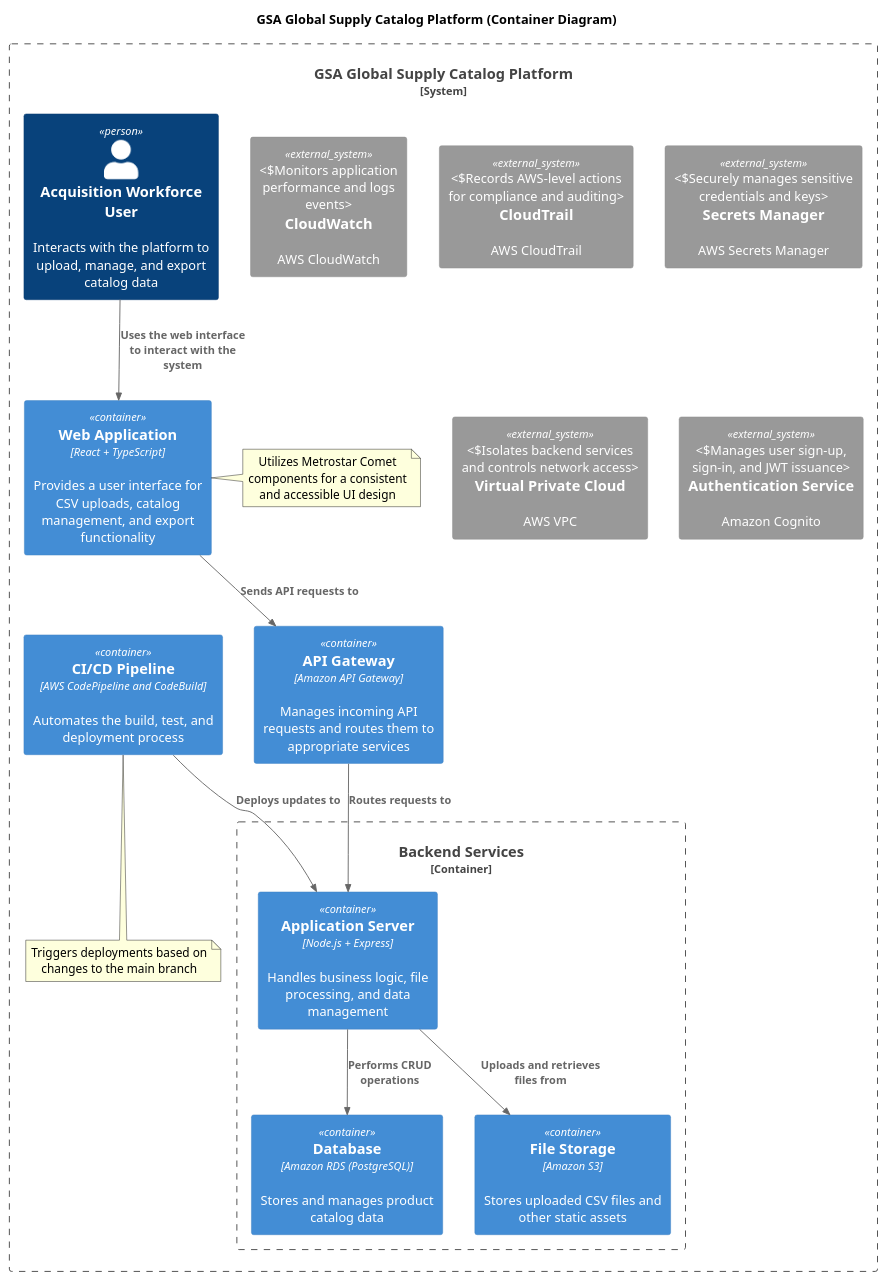
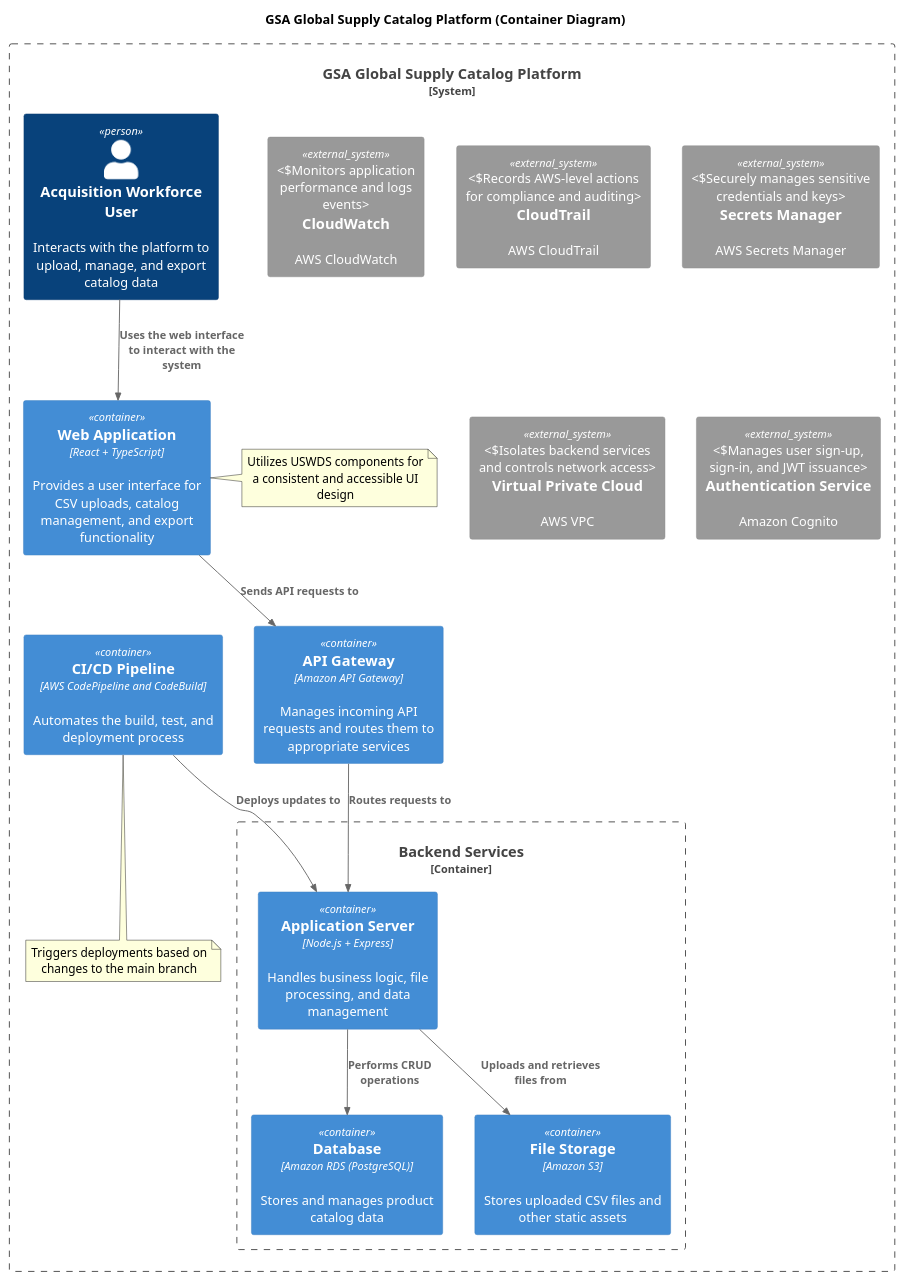
One commit to AathreyaG/reactai-starter changed the diagram in solution.md. Above: the diagram before and after it, drawn with PlantUML. The commit also changed other lines of this file, not shown here.

````diff
--- a/solution.md
+++ b/solution.md
@@ -1,45 +3,43 @@
-```plantuml
 @startuml
 !includeurl https://raw.githubusercontent.com/plantuml-stdlib/C4-PlantUML/master/C4_Container.puml
 
 title GSA Global Supply Catalog Platform (Container Diagram)
 
 System_Boundary(GSA_Boundary, "GSA Global Supply Catalog Platform") {
 
     Person(user, "Acquisition Workforce User", "Interacts with the platform to upload, manage, and export catalog data")
 
     Container(webApp, "Web Application", "React + TypeScript", "Provides a user interface for CSV uploads, catalog management, and export functionality")
     Container(apiGateway, "API Gateway", "Amazon API Gateway", "Manages incoming API requests and routes them to appropriate services")
 
     Container_Boundary(Backend, "Backend Services") {
         Container(appServer, "Application Server", "Node.js + Express", "Handles business logic, file processing, and data management")
         Container(database, "Database", "Amazon RDS (PostgreSQL)", "Stores and manages product catalog data")
         Container(fileStorage, "File Storage", "Amazon S3", "Stores uploaded CSV files and other static assets")
     }
 
     System_Ext(cloudwatch, "CloudWatch", "AWS CloudWatch", "Monitors application performance and logs events")
     System_Ext(cloudtrail, "CloudTrail", "AWS CloudTrail", "Records AWS-level actions for compliance and auditing")
     System_Ext(secretsManager, "Secrets Manager", "AWS Secrets Manager", "Securely manages sensitive credentials and keys")
     System_Ext(vpc, "Virtual Private Cloud", "AWS VPC", "Isolates backend services and controls network access")
     System_Ext(authService, "Authentication Service", "Amazon Cognito", "Manages user sign-up, sign-in, and JWT issuance")
 
     Container(ciCdPipeline, "CI/CD Pipeline", "AWS CodePipeline and CodeBuild", "Automates the build, test, and deployment process")
 
     Rel(user, webApp, "Uses the web interface to interact with the system")
     Rel(webApp, apiGateway, "Sends API requests to")
     Rel(apiGateway, appServer, "Routes requests to")
     Rel(appServer, database, "Performs CRUD operations")
     Rel(appServer, fileStorage, "Uploads and retrieves files from")
     Rel(ciCdPipeline, appServer, "Deploys updates to")
 
     note right of webApp
-    Utilizes Metrostar Comet components for a consistent and accessible UI design
+    Utilizes USWDS components for a consistent and accessible UI design
     end note
 
     note bottom of ciCdPipeline
     Triggers deployments based on changes to the main branch
     end note
 }
 
 @enduml
-```
````
